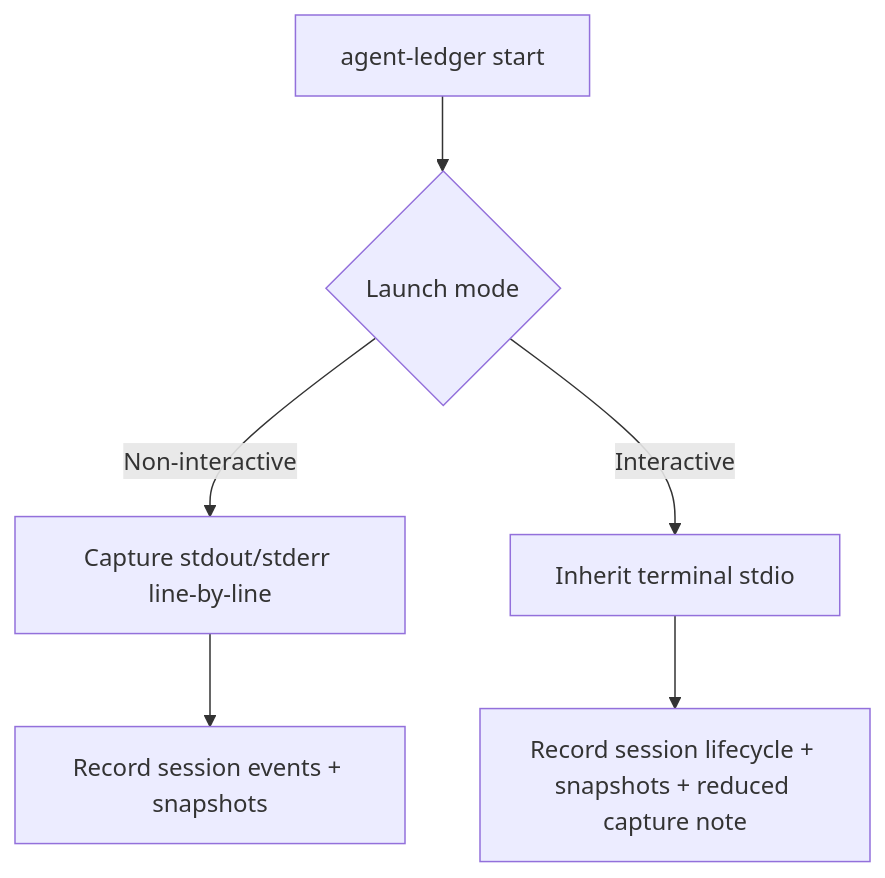
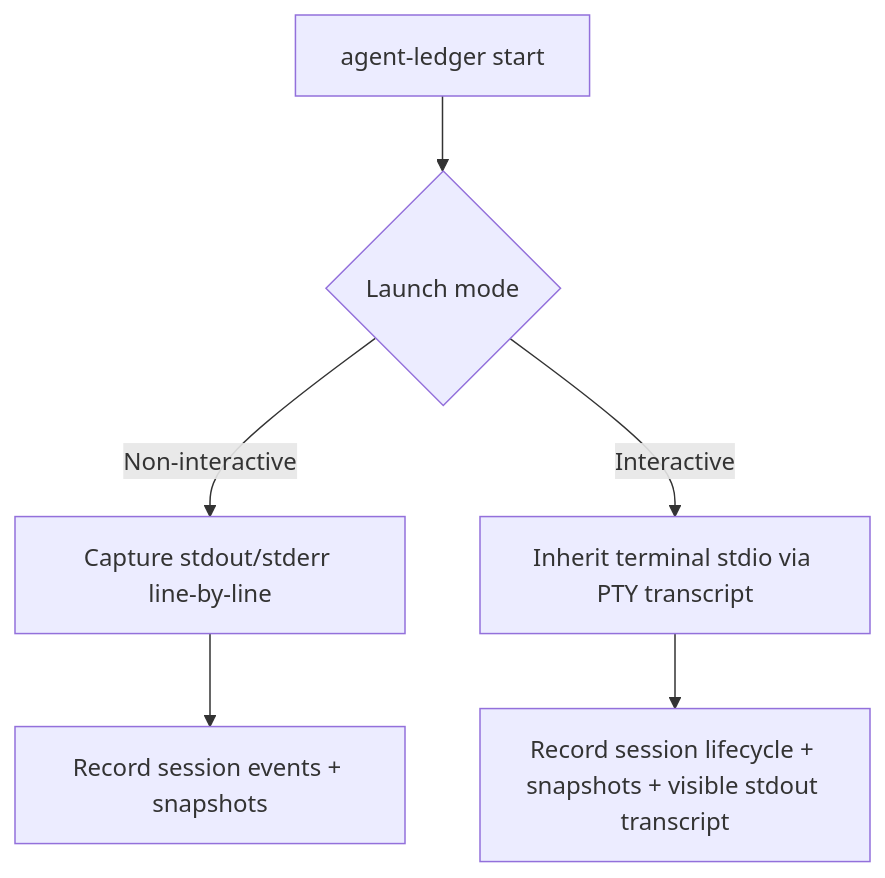
The diagram in README.md (SamMRoberts/agent-ledger), drawn with Mermaid before and after one commit. The commit also changed other lines of this file and 27 other files, not shown here.

````diff
--- a/README.md
+++ b/README.md
@@ -166,8 +166,8 @@
 ```mermaid
 flowchart TD
     A[agent-ledger start] --> B{Launch mode}
     B -->|Non-interactive| C[Capture stdout/stderr line-by-line]
-    B -->|Interactive| D[Inherit terminal stdio]
+    B -->|Interactive| D[Inherit terminal stdio via PTY transcript]
     C --> E[Record session events + snapshots]
-    D --> F[Record session lifecycle + snapshots + reduced capture note]
+    D --> F[Record session lifecycle + snapshots + visible stdout transcript]
 ```
````
